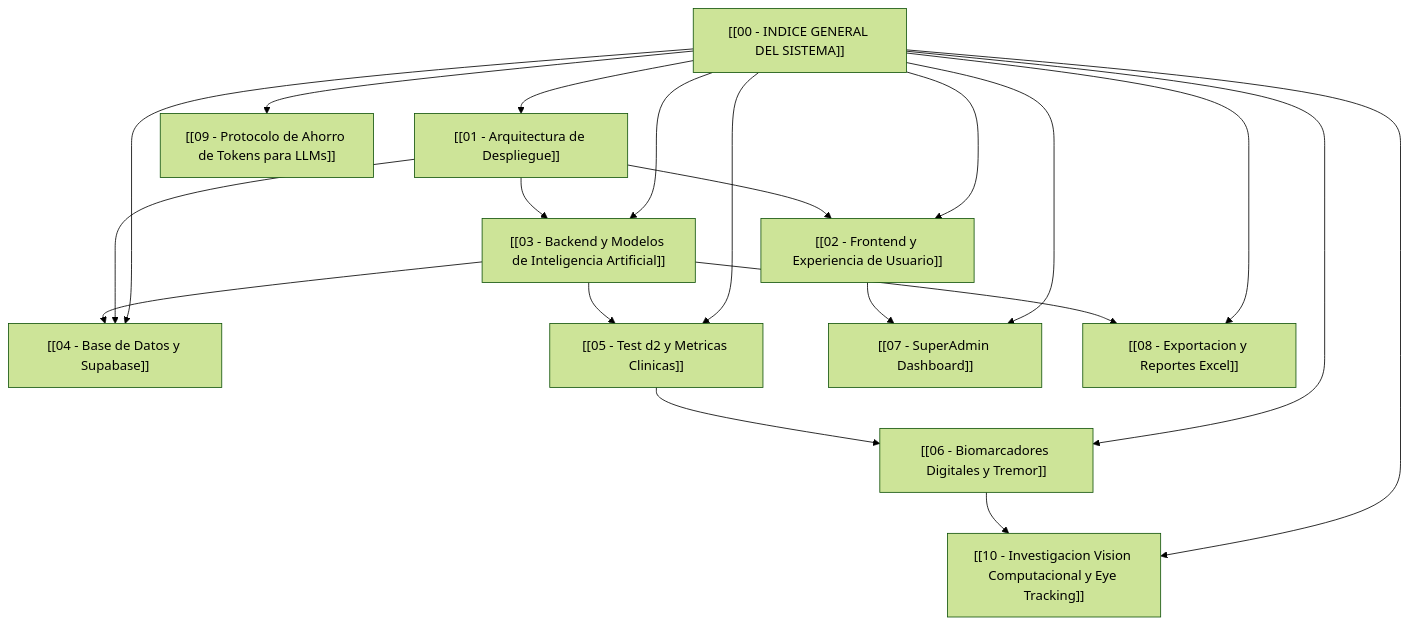
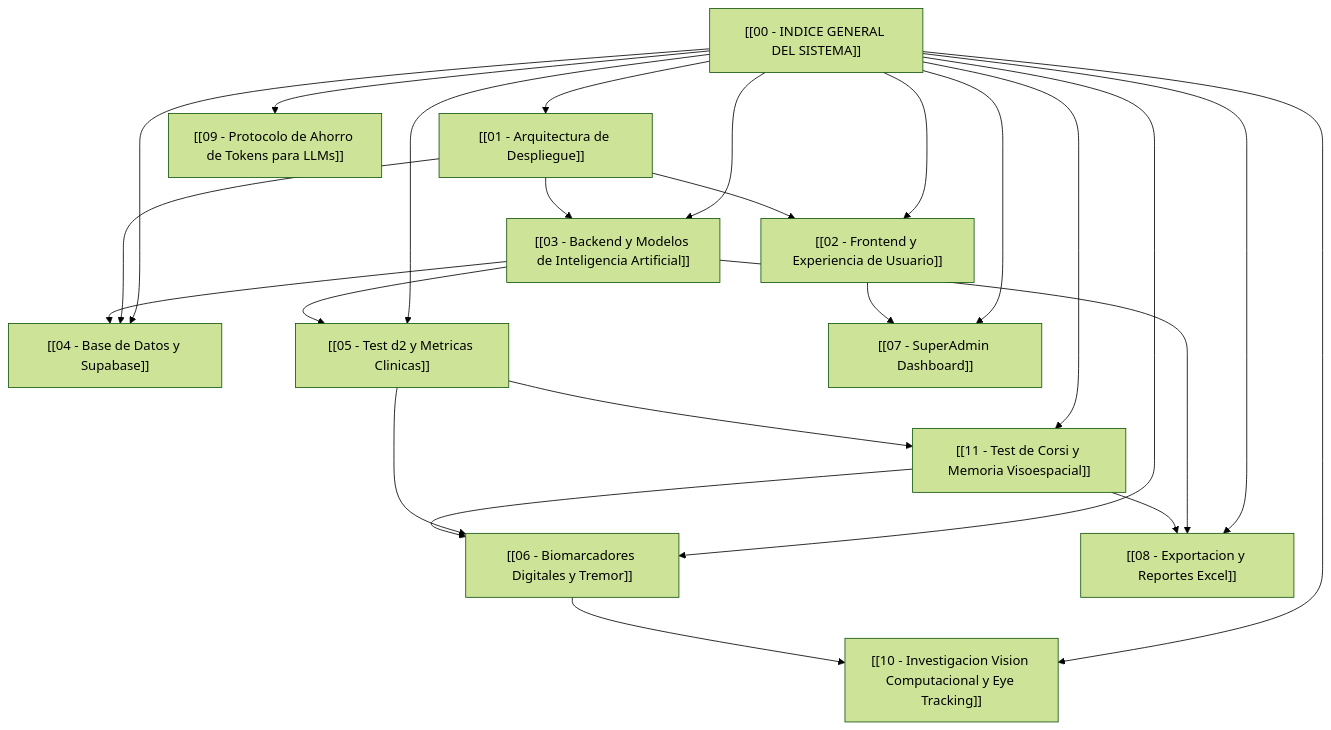
Before and after one commit to dillanino05-create/PRLC_PROFESSIONAL_WEB: the diagram in obsidian_vault/00 - INDICE GENERAL DEL SISTEMA.md, drawn with Mermaid (forest theme). The commit also changed other lines of this file and 2 other files, not shown here.

Commit message:
feat(historial): modal clinico unificado para Corsi con telemetria IA y graficas, y actualizacion a nota 11 de Obsidian

````diff
--- a/obsidian_vault/00 - INDICE GENERAL DEL SISTEMA.md
+++ b/obsidian_vault/00 - INDICE GENERAL DEL SISTEMA.md
@@ -10,23 +10,27 @@
 ```mermaid
 graph TD
     A["[[00 - INDICE GENERAL DEL SISTEMA]]"] --> B["[[01 - Arquitectura de Despliegue]]"]
     A --> C["[[02 - Frontend y Experiencia de Usuario]]"]
     A --> D["[[03 - Backend y Modelos de Inteligencia Artificial]]"]
     A --> E["[[04 - Base de Datos y Supabase]]"]
     A --> F["[[05 - Test d2 y Metricas Clinicas]]"]
     A --> G["[[06 - Biomarcadores Digitales y Tremor]]"]
     A --> H["[[07 - SuperAdmin Dashboard]]"]
     A --> I["[[08 - Exportacion y Reportes Excel]]"]
     A --> J["[[09 - Protocolo de Ahorro de Tokens para LLMs]]"]
     A --> K["[[10 - Investigacion Vision Computacional y Eye Tracking]]"]
+    A --> L["[[11 - Test de Corsi y Memoria Visoespacial]]"]
 
     B --> C
     B --> D
     B --> E
     D --> E
     D --> F
     F --> G
     C --> H
     D --> I
     G --> K
+    F --> L
+    L --> G
+    L --> I
 ```
````
